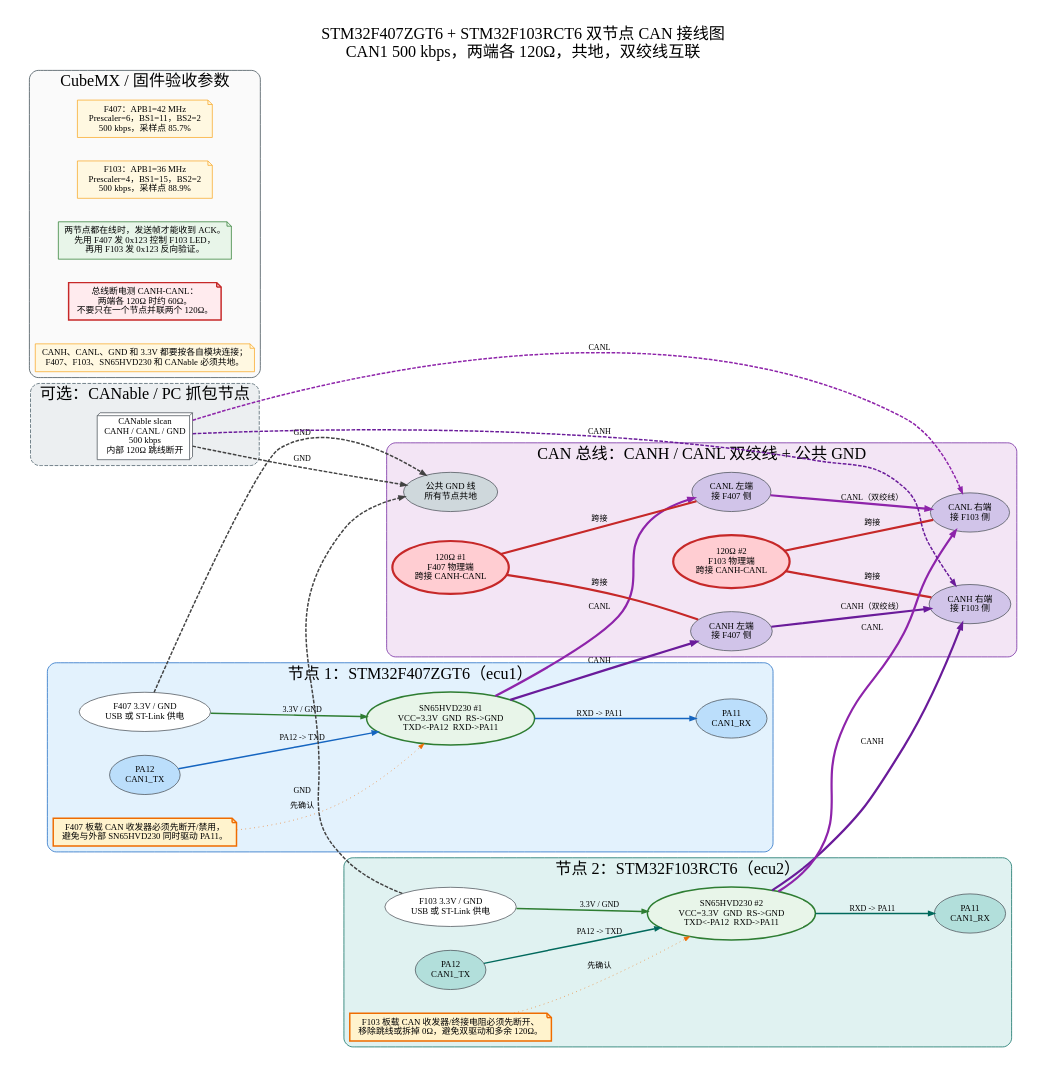
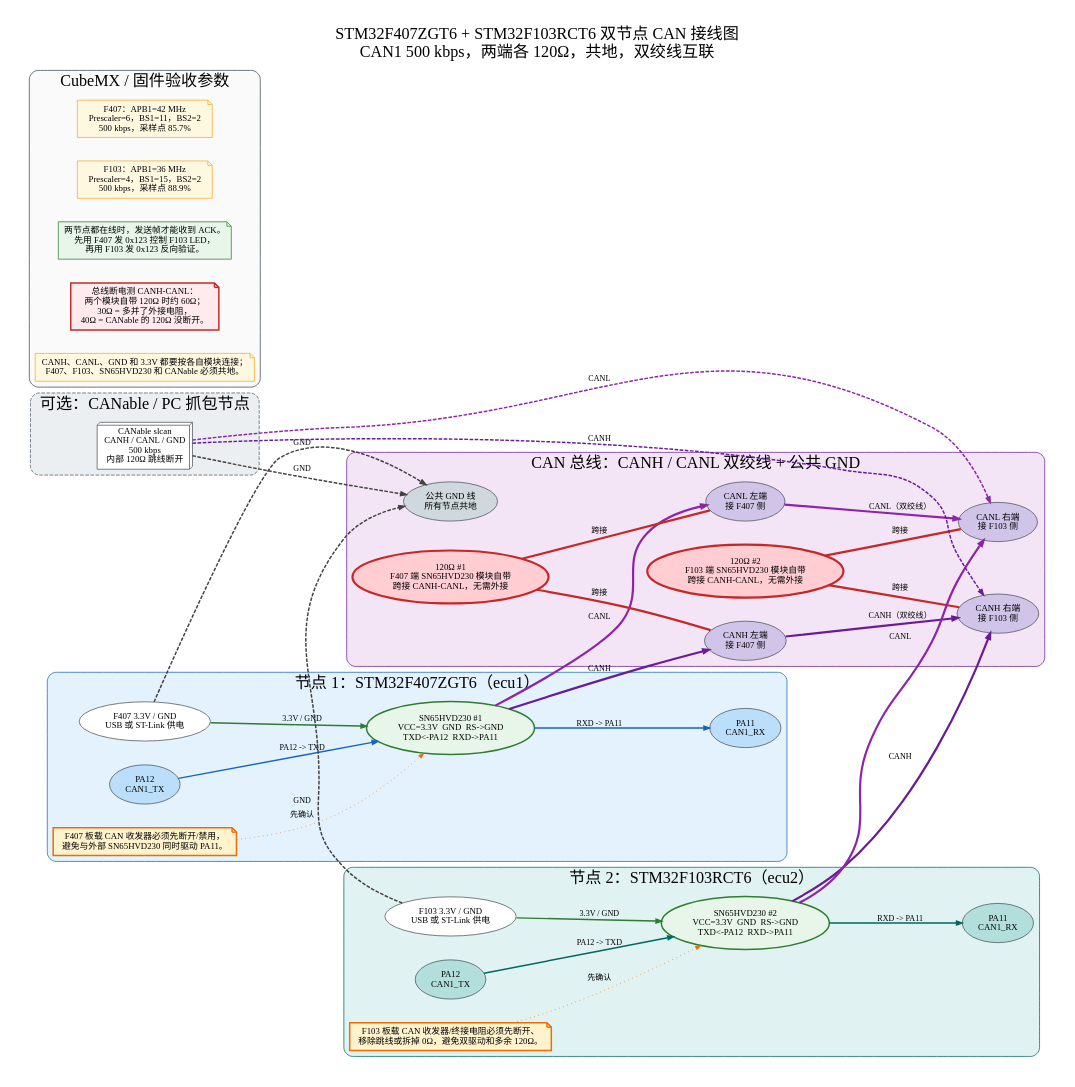
One commit to zrr-blcx/dual-can-uds-diagnoser changed the diagram in docs/diagrams/f407_f103_can_bus.dot. Above: the diagram before and after it, drawn with Graphviz. The commit also changed 69 other files, not shown here.

```diff
--- a/docs/diagrams/f407_f103_can_bus.dot
+++ b/docs/diagrams/f407_f103_can_bus.dot
@@ -90,13 +90,13 @@
             fillcolor="#cfd8dc"
         ];
         TERM1 [
-            label="120Ω #1\nF407 物理端\n跨接 CANH-CANL",
+            label="120Ω #1\nF407 端 SN65HVD230 模块自带\n跨接 CANH-CANL，无需外接",
             fillcolor="#ffcdd2",
             color="#c62828",
             penwidth=3
         ];
         TERM2 [
-            label="120Ω #2\nF103 物理端\n跨接 CANH-CANL",
+            label="120Ω #2\nF103 端 SN65HVD230 模块自带\n跨接 CANH-CANL，无需外接",
             fillcolor="#ffcdd2",
             color="#c62828",
             penwidth=3
@@ -209,7 +209,7 @@
             color="#2e7d32"
         ];
         NOTE_TERM [
-            label="总线断电测 CANH-CANL：\n两端各 120Ω 时约 60Ω。\n不要只在一个节点并联两个 120Ω。",
+            label="总线断电测 CANH-CANL：\n两个模块自带 120Ω 时约 60Ω；\n30Ω = 多并了外接电阻，\n40Ω = CANable 的 120Ω 没断开。",
             shape=note,
             fillcolor="#ffebee",
             color="#c62828",
```
